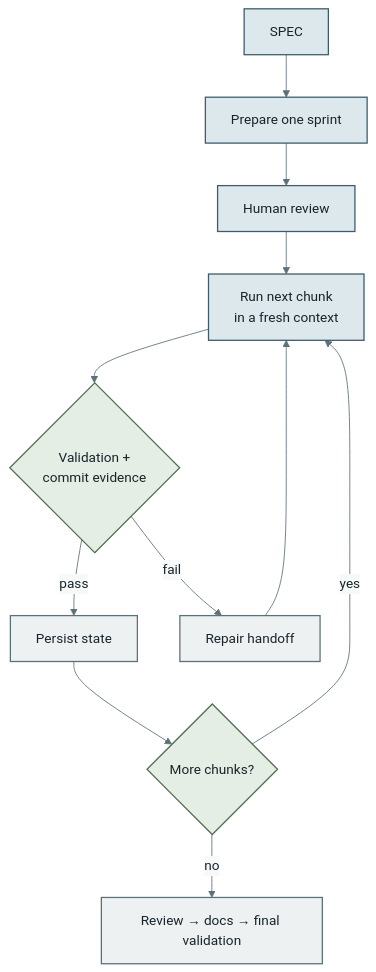
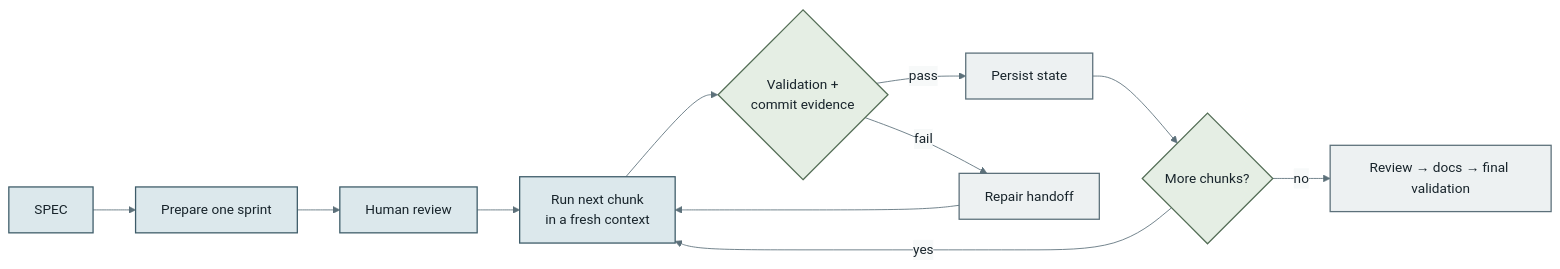
Before and after one commit to zacharygcook/zach-ralph-method: the diagram in README.md, drawn with Mermaid. The commit also changed 1 other file, not shown here.

Commit message:
Render Ralph loop from left to right

````diff
--- a/README.md
+++ b/README.md
@@ -51,21 +51,21 @@
 ```mermaid
 %%{init: {'theme': 'base', 'themeVariables': {'primaryColor': '#DCE8EC', 'primaryTextColor': '#18242B', 'primaryBorderColor': '#3D5B68', 'lineColor': '#5C707A', 'secondaryColor': '#E5EEE4', 'tertiaryColor': '#EDF1F2', 'edgeLabelBackground': '#F7F9F9', 'fontFamily': 'system-ui'}}}%%
-flowchart TD
+flowchart LR
     spec["SPEC"] --> prepare["Prepare one sprint"]
     prepare --> review["Human review"]
     review --> chunk["Run next chunk<br/>in a fresh context"]
     chunk --> evidence{"Validation +<br/>commit evidence"}
     evidence -->|pass| state["Persist state"]
     state --> more{"More chunks?"}
     more -->|yes| chunk
     more -->|no| hooks["Review → docs → final validation"]
     evidence -->|fail| repair["Repair handoff"]
     repair --> chunk
 
     classDef phase fill:#DCE8EC,stroke:#3D5B68,color:#18242B,stroke-width:1.5px;
     classDef gate fill:#E5EEE4,stroke:#536D55,color:#18242B,stroke-width:1.5px;
     classDef outcome fill:#EDF1F2,stroke:#5C707A,color:#18242B,stroke-width:1.5px;
     class spec,prepare,review,chunk phase;
     class evidence,more gate;
     class state,hooks,repair outcome;
 ```
````
